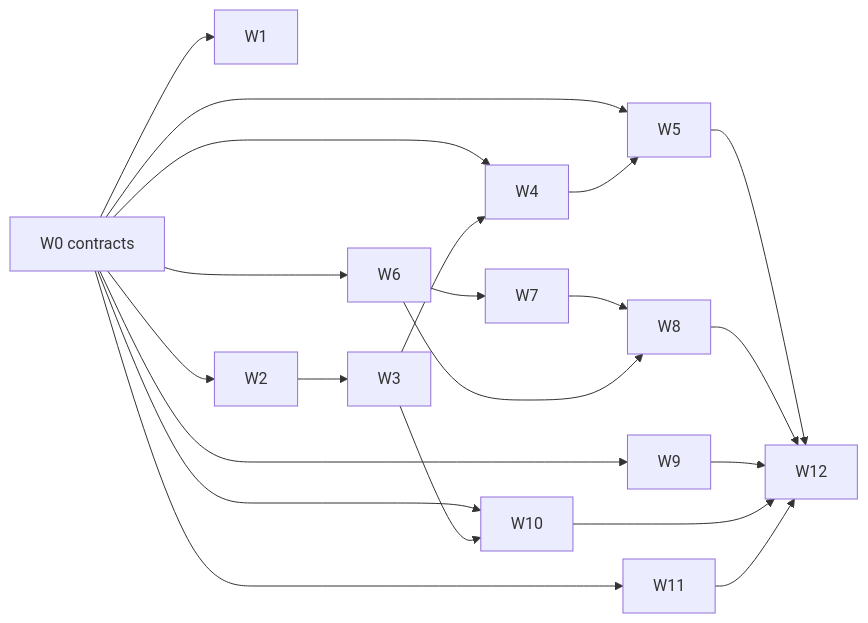
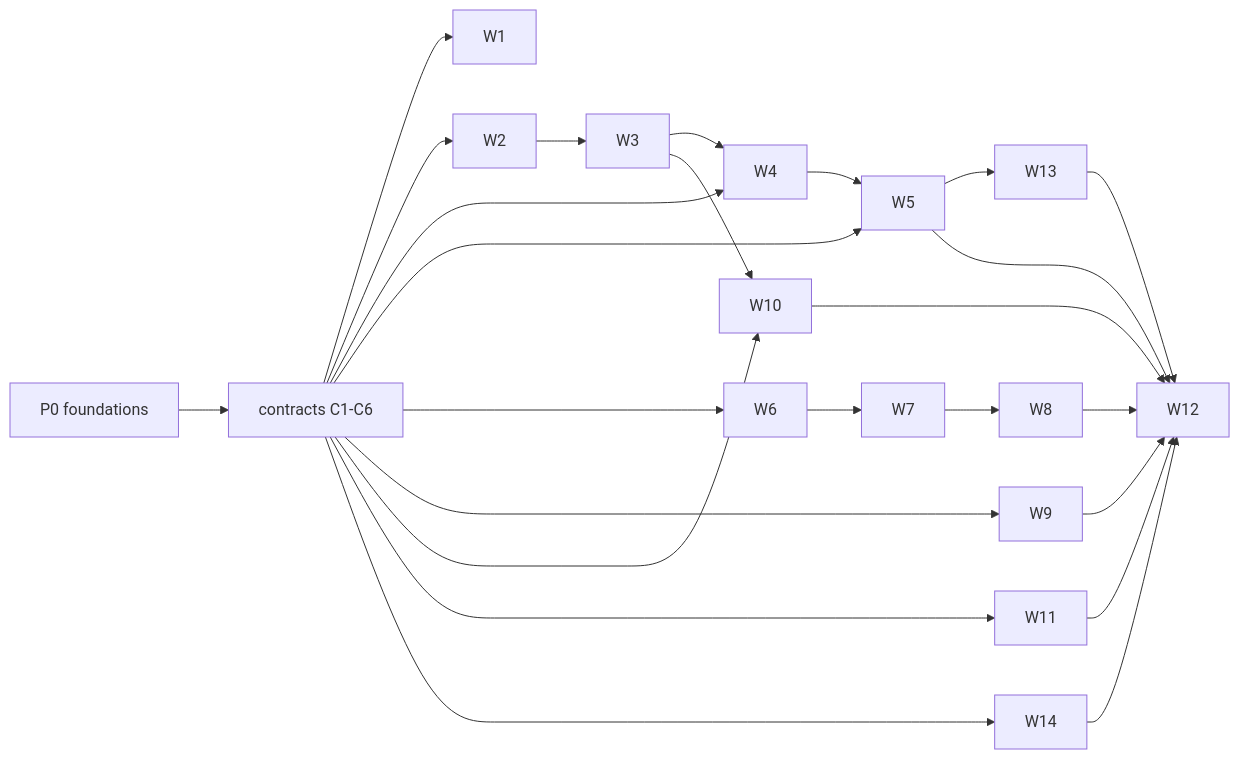
The diagram in proposals/rust-cranelift-backend.md (manuscript-lang/manuscript), drawn with Mermaid before and after one commit. The commit also changed other lines of this file and 2 other files, not shown here.

````diff
--- a/proposals/rust-cranelift-backend.md
+++ b/proposals/rust-cranelift-backend.md
@@ -115,10 +129,10 @@
 ```mermaid
 flowchart LR
-  W0[W0 contracts] --> W1 & W2 & W4 & W5 & W6 & W9 & W10 & W11
-  W2 --> W3 --> W4
-  W4 --> W5
+  P0[P0 foundations] --> C[contracts C1-C6]
+  C --> W1 & W2 & W4 & W5 & W6 & W9 & W10 & W11 & W14
+  W2 --> W3 --> W4 --> W5
   W6 --> W7 --> W8
-  W6 --> W8
   W3 --> W10
-  W5 & W8 & W9 & W10 & W11 --> W12
+  W5 --> W13
+  W5 & W8 & W9 & W10 & W11 & W13 & W14 --> W12
 ```
````
